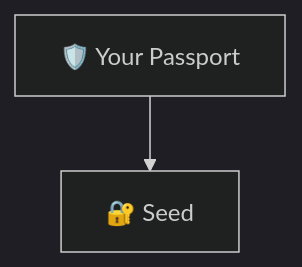
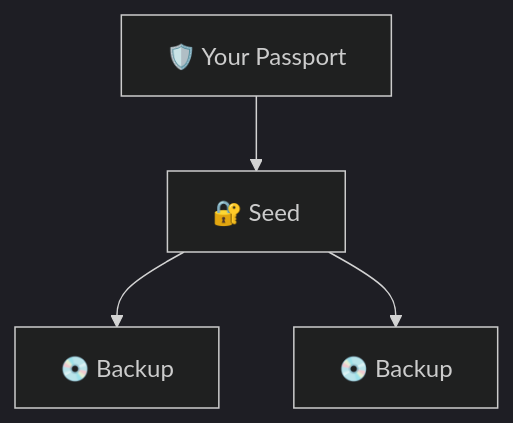
Before and after one commit to BlockchainCommons/SmartCustody: diagram 26 of 35 in Docs/Scenario-Multisig.md, drawn with Mermaid (dark theme). The commit also changed other lines of this file, not shown here.

````diff
--- a/Docs/Scenario-Multisig.md
+++ b/Docs/Scenario-Multisig.md
@@ -843,7 +843,11 @@
 ```mermaid
     graph TD;
     A["🛡️ Your Passport"]
     C["🔐 Seed"]
-    
+    D["💿 Backup"]
+    E["💿 Backup"]
+  
     A-->C
+    C-->D
+    C-->E
   ```
````
